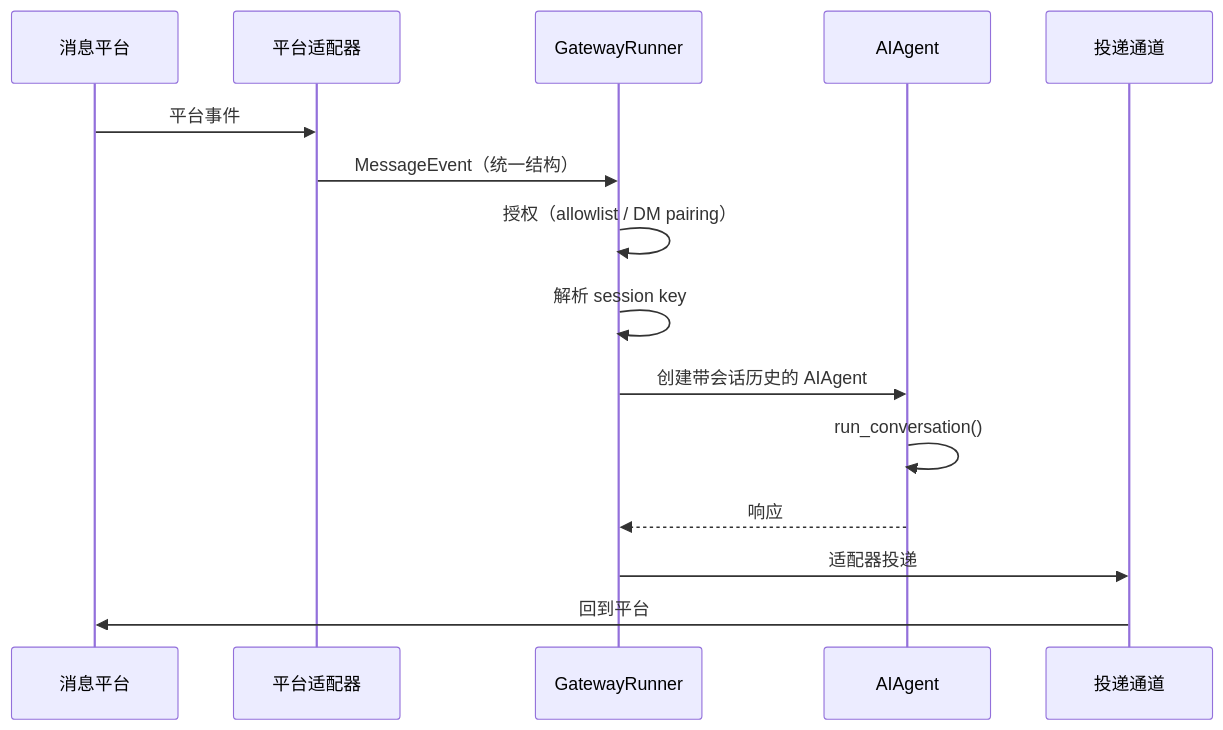
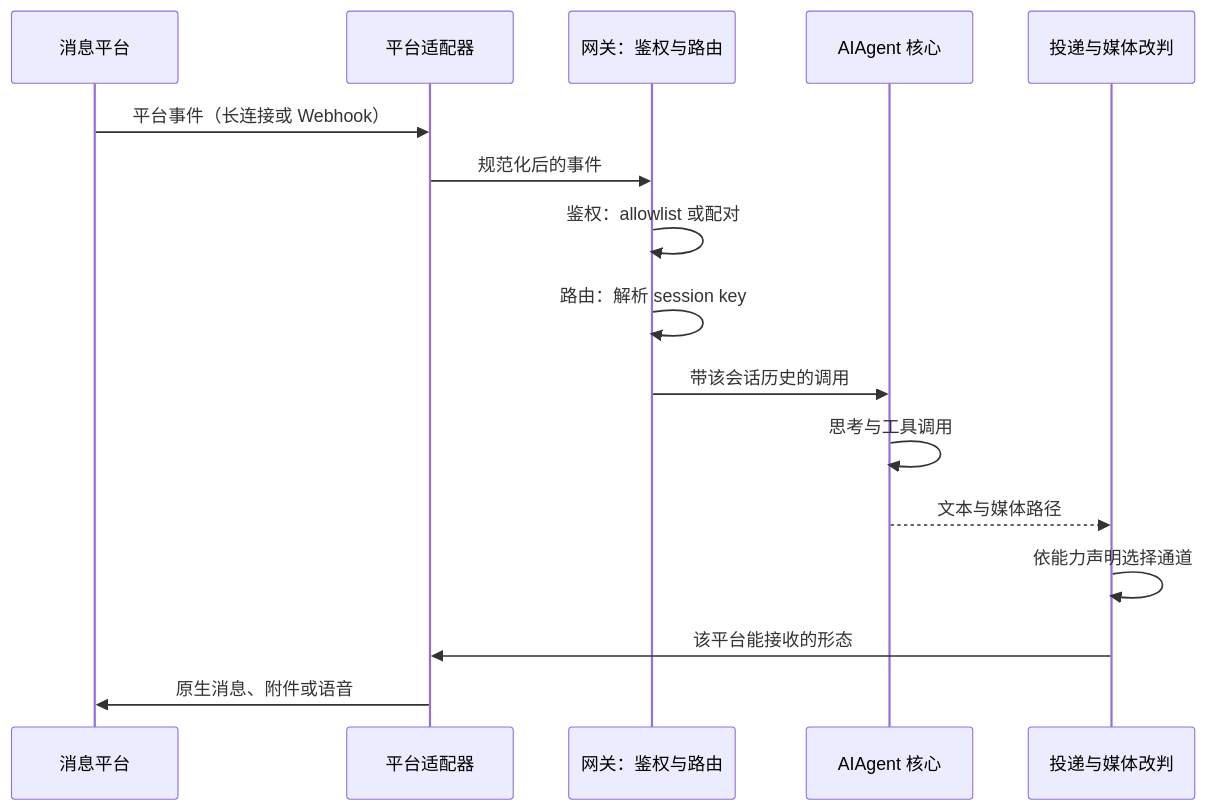
One commit to hpliStartAgain/my-brain changed the fourth of 5 diagrams in content/LLM/Hermes-Agent/07 多平台网关——25+ 适配器的统一消息路由.md. Above: the diagram before and after it, drawn with Mermaid. The commit also changed other lines of this file and 259 other files, not shown here.

````diff
--- a/content/LLM/Hermes-Agent/07 多平台网关——25+ 适配器的统一消息路由.md
+++ b/content/LLM/Hermes-Agent/07 多平台网关——25+ 适配器的统一消息路由.md
@@ -22,19 +316,19 @@
 ```mermaid
 %%{init: {'theme': 'dracula'}}%%
 sequenceDiagram
     participant P as 消息平台
     participant A as 平台适配器
-    participant G as GatewayRunner
-    participant AI as AIAgent
-    participant D as 投递通道
-
-    P->>A: 平台事件
-    A->>G: MessageEvent（统一结构）
-    G->>G: 授权（allowlist / DM pairing）
-    G->>G: 解析 session key
-    G->>AI: 创建带会话历史的 AIAgent
-    AI->>AI: run_conversation()
-    AI-->>G: 响应
-    G->>D: 适配器投递
-    D->>P: 回到平台
+    participant G as 网关：鉴权与路由
+    participant C as AIAgent 核心
+    participant D as 投递与媒体改判
+    P->>A: 平台事件（长连接或 Webhook）
+    A->>G: 规范化后的事件
+    G->>G: 鉴权：allowlist 或配对
+    G->>G: 路由：解析 session key
+    G->>C: 带该会话历史的调用
+    C->>C: 思考与工具调用
+    C-->>D: 文本与媒体路径
+    D->>D: 依能力声明选择通道
+    D->>A: 该平台能接收的形态
+    A->>P: 原生消息、附件或语音
 ```
````
